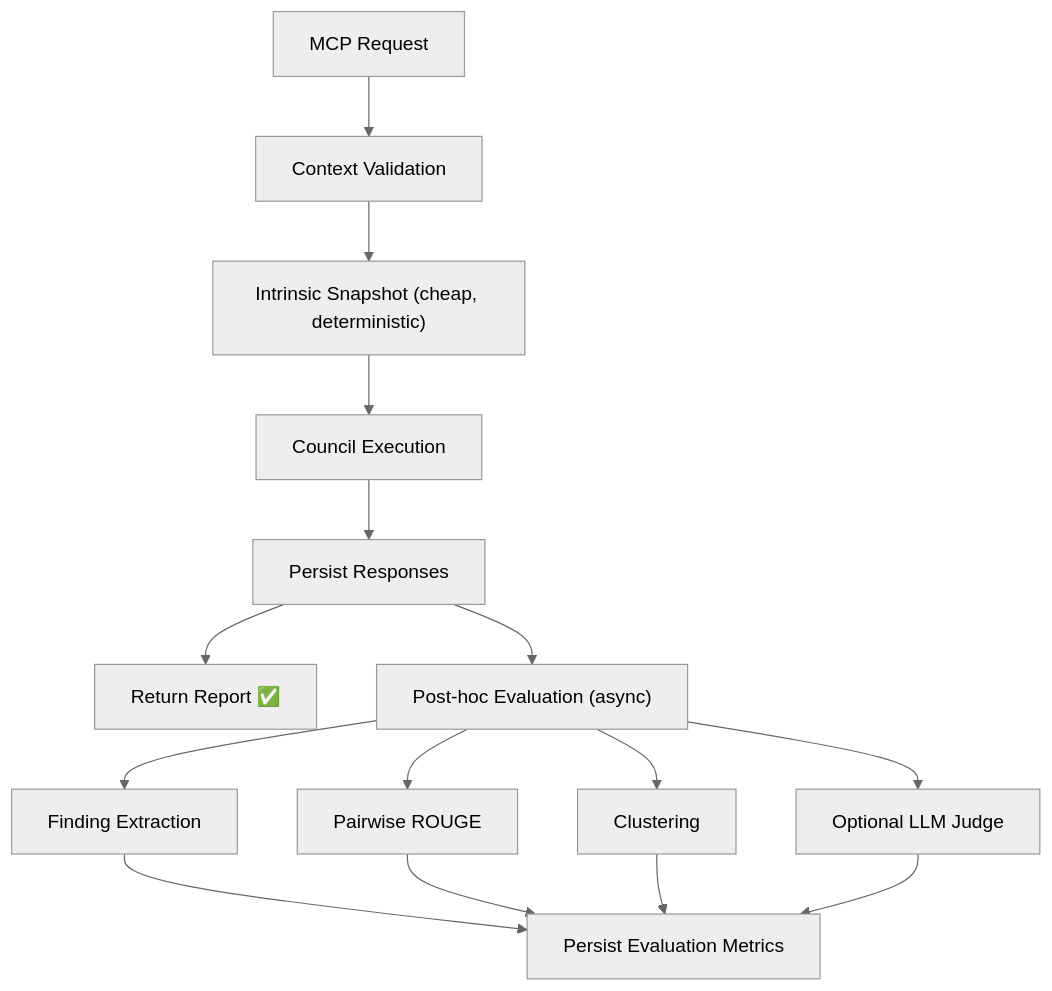
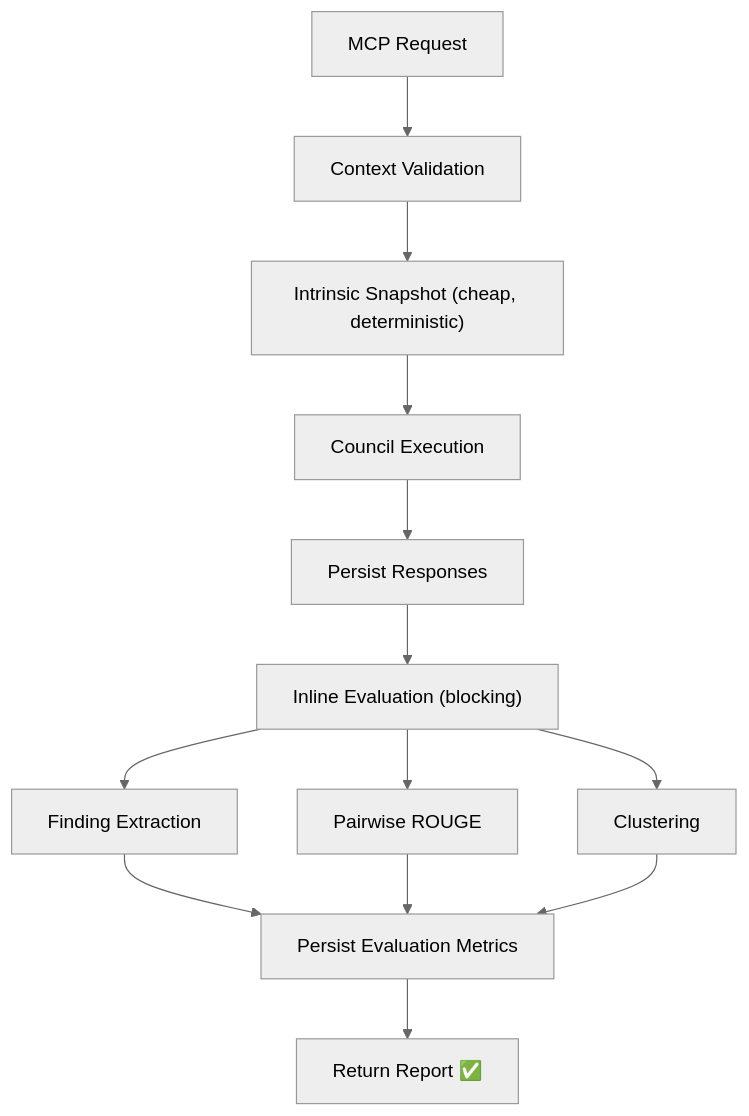
The diagram in Extra/evaluation_layer_design.md (low1408/Quorum), drawn with Mermaid (neutral theme) before and after one commit. The commit also changed other lines of this file and 1 other file, not shown here.

````diff
--- a/Extra/evaluation_layer_design.md
+++ b/Extra/evaluation_layer_design.md
@@ -218,14 +222,13 @@
 ```mermaid
 graph TD
     A[MCP Request] --> B[Context Validation]
     B --> C["Intrinsic Snapshot (cheap, deterministic)"]
     C --> D[Council Execution]
     D --> E[Persist Responses]
-    E --> F["Return Report ✅"]
-    E --> G["Post-hoc Evaluation (async)"]
-    G --> H[Finding Extraction]
-    G --> I[Pairwise ROUGE]
-    G --> J[Clustering]
-    G --> K["Optional LLM Judge"]
-    H & I & J & K --> L[Persist Evaluation Metrics]
+    E --> F["Inline Evaluation (blocking)"]
+    F --> G[Finding Extraction]
+    F --> H[Pairwise ROUGE]
+    F --> I[Clustering]
+    G & H & I --> J[Persist Evaluation Metrics]
+    J --> K["Return Report ✅"]
 ```
````
